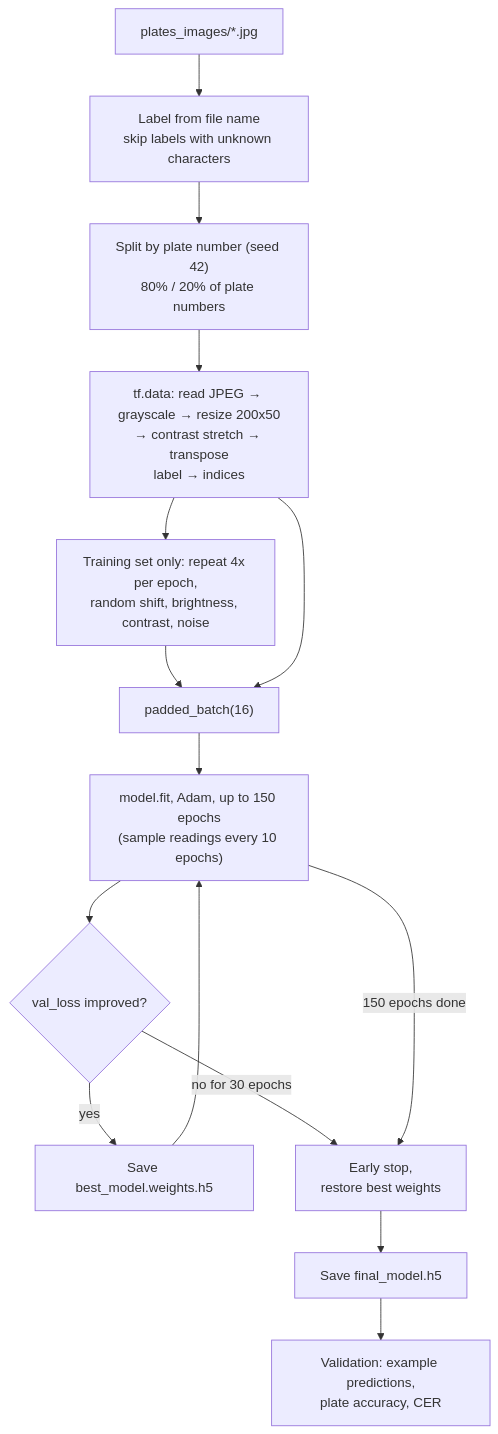
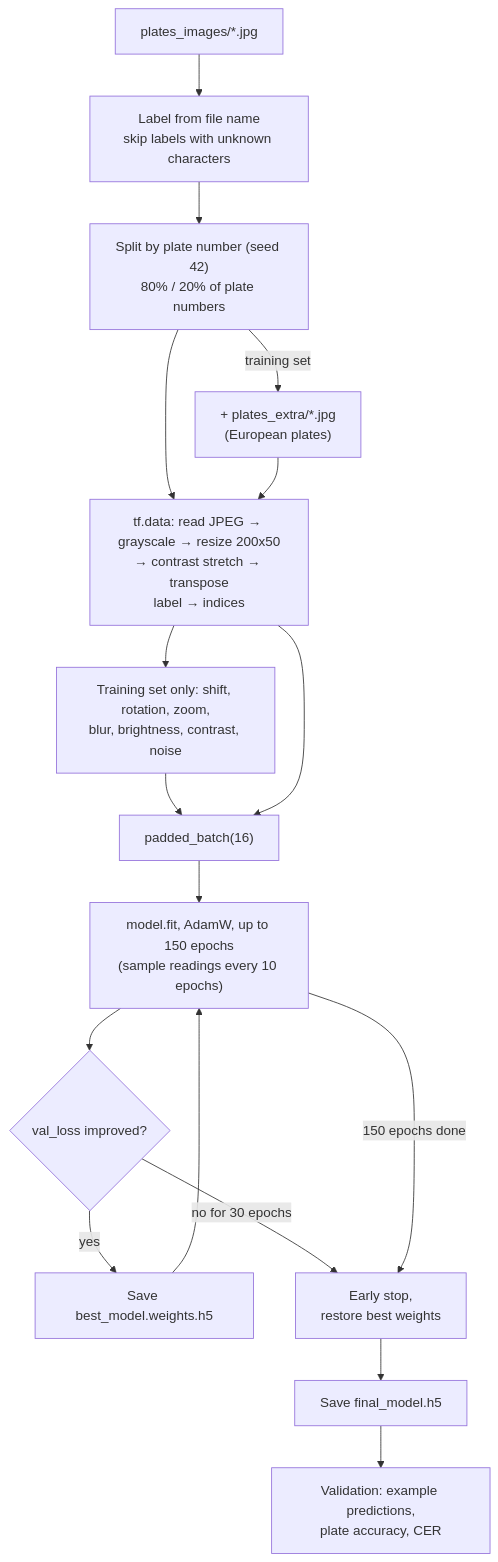
One commit to RBorczuch/PlatesOCR changed the sixth of 7 diagrams in README.md. Above: the diagram before and after it, drawn with Mermaid. The commit also changed other lines of this file and 2 other files, not shown here.

Commit message:
Add European plates as extra training data, stronger augmentation and AdamW

````diff
--- a/README.md
+++ b/README.md
@@ -184,15 +204,16 @@
 ```mermaid
 flowchart TD
     A["plates_images/*.jpg"] --> B["Label from file name<br/>skip labels with unknown characters"]
     B --> C["Split by plate number (seed 42)<br/>80% / 20% of plate numbers"]
     C --> D["tf.data: read JPEG → grayscale → resize 200x50<br/>→ contrast stretch → transpose<br/>label → indices"]
-    D --> AUG["Training set only: repeat 4x per epoch,<br/>random shift, brightness, contrast, noise"]
+    C -->|"training set"| ADD["+ plates_extra/*.jpg<br/>(European plates)"] --> D
+    D --> AUG["Training set only: shift, rotation, zoom,<br/>blur, brightness, contrast, noise"]
     AUG --> PB["padded_batch(16)"]
     D --> PB
-    PB --> E["model.fit, Adam, up to 150 epochs<br/>(sample readings every 10 epochs)"]
+    PB --> E["model.fit, AdamW, up to 150 epochs<br/>(sample readings every 10 epochs)"]
     E --> F{"val_loss improved?"}
     F -->|yes| G["Save best_model.weights.h5"] --> E
     F -->|"no for 30 epochs"| H["Early stop,<br/>restore best weights"]
     E -->|"150 epochs done"| H
     H --> I["Save final_model.h5"] --> J["Validation: example predictions,<br/>plate accuracy, CER"]
 ```
````
